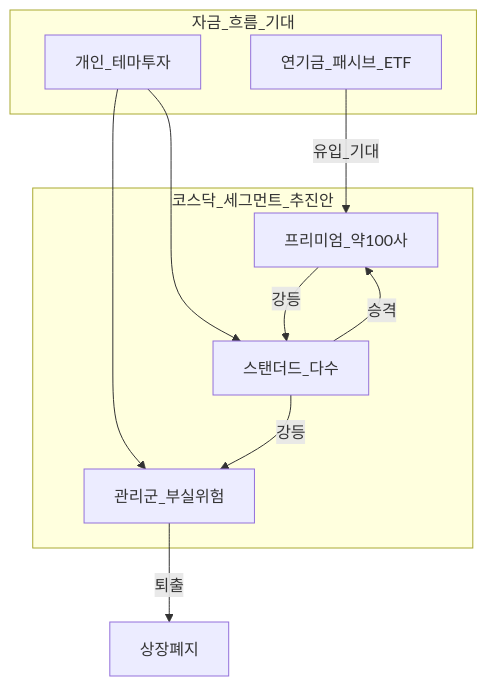
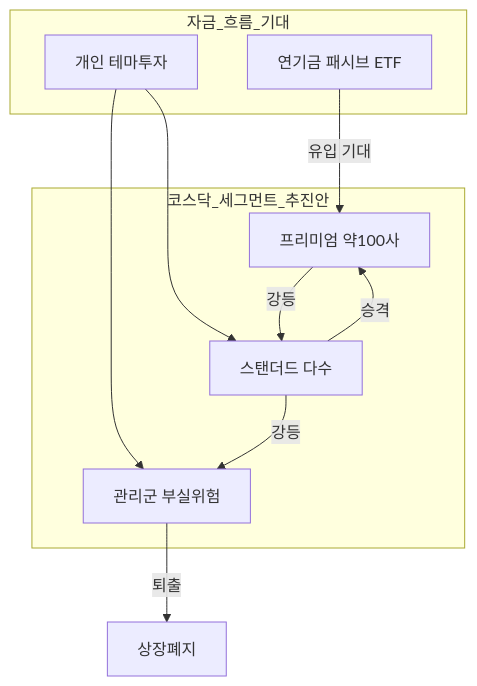
The first of 3 diagrams in 03-markets/kosdaq-tier-system.md (goldanghenry/Finances), drawn with Mermaid before and after one commit. The commit also changed other lines of this file and 211 other files, not shown here.

````diff
--- a/03-markets/kosdaq-tier-system.md
+++ b/03-markets/kosdaq-tier-system.md
@@ -102,19 +107,19 @@
 ```mermaid
 flowchart TB
   subgraph tiers [코스닥_세그먼트_추진안]
-    P[프리미엄_약100사]
-    S[스탠더드_다수]
-    M[관리군_부실위험]
+    P["프리미엄 약100사"]
+    S["스탠더드 다수"]
+    M["관리군 부실위험"]
   end
   subgraph flows [자금_흐름_기대]
-    PF[연기금_패시브_ETF]
-    Retail[개인_테마투자]
+    PF["연기금 패시브 ETF"]
+    Retail["개인 테마투자"]
   end
-  PF -->|유입_기대| P
+  PF -->|"유입 기대"| P
   Retail --> S
   Retail --> M
   S -->|승격| P
   P -->|강등| S
   S -->|강등| M
   M -->|퇴출| Delist[상장폐지]
 ```
````
